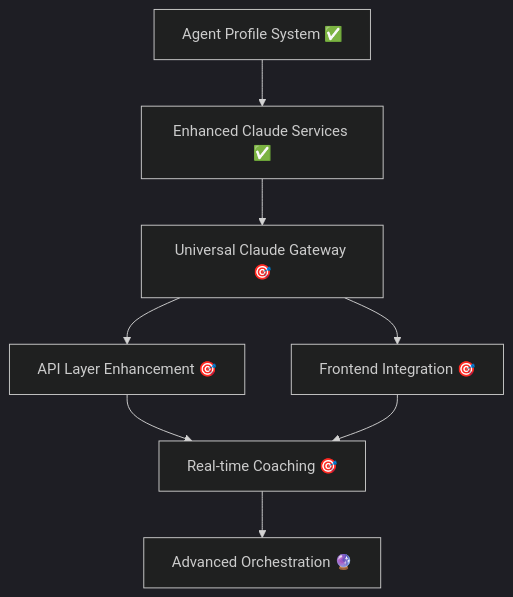
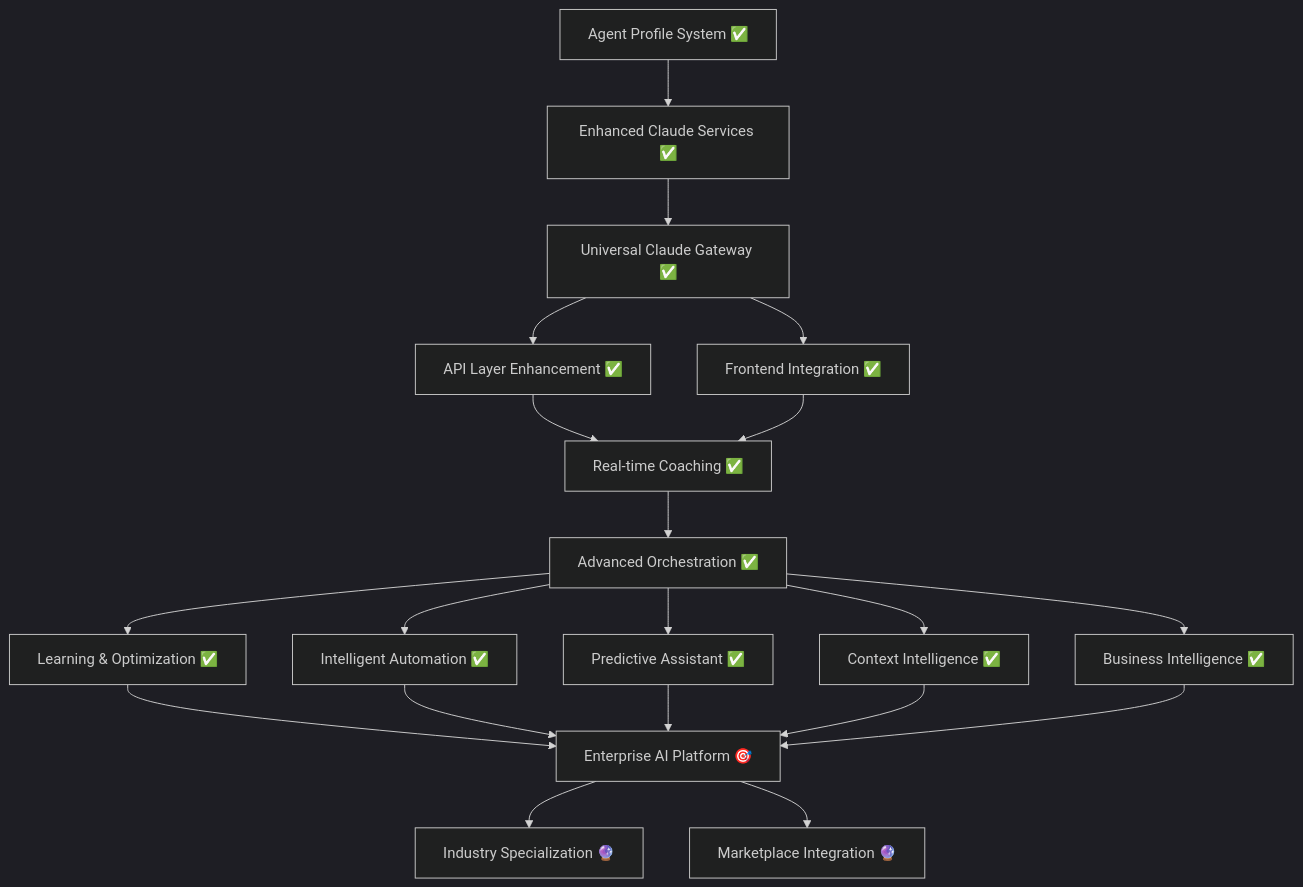
One commit to ChunkyTortoise/EnterpriseHub changed the diagram in CLAUDE_INTEGRATION_ROADMAP.md. Above: the diagram before and after it, drawn with Mermaid (dark theme). The commit also changed other lines of this file and 187 other files, not shown here.

First line of the commit message:
feat: implement persistent Claude chat system with real-time guidance

````diff
--- a/CLAUDE_INTEGRATION_ROADMAP.md
+++ b/CLAUDE_INTEGRATION_ROADMAP.md
@@ -198,10 +310,22 @@
 ```mermaid
 graph TB
     A[Agent Profile System ✅] --> B[Enhanced Claude Services ✅]
-    B --> C[Universal Claude Gateway 🎯]
-    C --> D[API Layer Enhancement 🎯]
-    C --> E[Frontend Integration 🎯]
-    D --> F[Real-time Coaching 🎯]
+    B --> C[Universal Claude Gateway ✅]
+    C --> D[API Layer Enhancement ✅]
+    C --> E[Frontend Integration ✅]
+    D --> F[Real-time Coaching ✅]
     E --> F
-    F --> G[Advanced Orchestration 🔮]
+    F --> G[Advanced Orchestration ✅]
+    G --> H[Learning & Optimization ✅]
+    G --> I[Intelligent Automation ✅]
+    G --> J[Predictive Assistant ✅]
+    G --> K[Context Intelligence ✅]
+    G --> L[Business Intelligence ✅]
+    H --> M[Enterprise AI Platform 🎯]
+    I --> M
+    J --> M
+    K --> M
+    L --> M
+    M --> N[Industry Specialization 🔮]
+    M --> O[Marketplace Integration 🔮]
 ```
````
